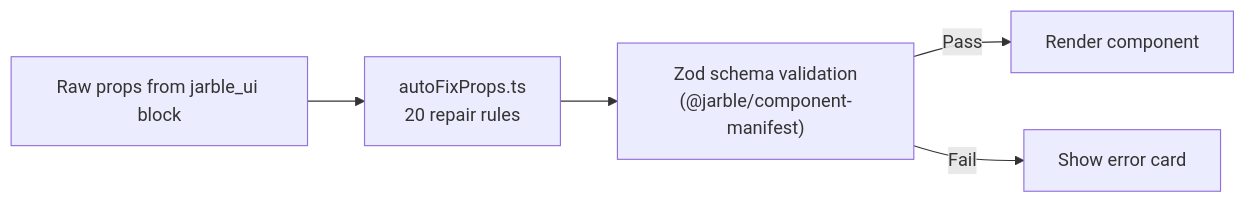
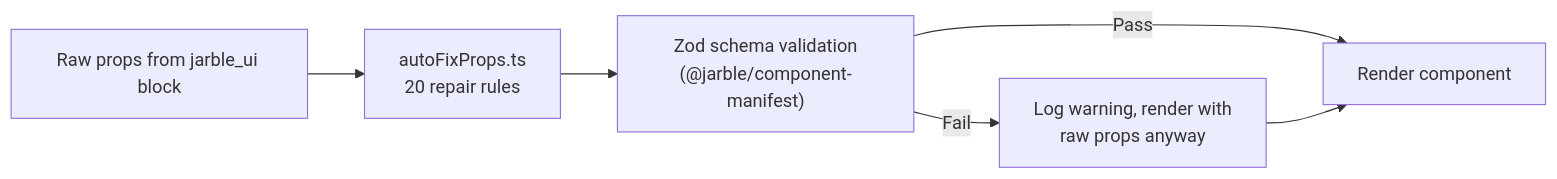
One commit to Bretthb/jarble changed diagram 20 of 33 in DEVELOPER-GUIDE.md. Above: the diagram before and after it, drawn with Mermaid. The commit also changed other lines of this file and 42 other files, not shown here.

````diff
--- a/DEVELOPER-GUIDE.md
+++ b/DEVELOPER-GUIDE.md
@@ -1247,12 +1263,12 @@
 ```mermaid
 flowchart LR
     INPUT["Raw props from jarble_ui block"]
     AUTOFIX["autoFixProps.ts<br/>20 repair rules"]
     ZOD["Zod schema validation<br/>(@jarble/component-manifest)"]
     RENDER["Render component"]
-    ERROR["Show error card"]
+    WARN["Log warning, render with<br/>raw props anyway"]
 
     INPUT --> AUTOFIX --> ZOD
     ZOD -->|Pass| RENDER
-    ZOD -->|Fail| ERROR
+    ZOD -->|Fail| WARN --> RENDER
 ```
````
